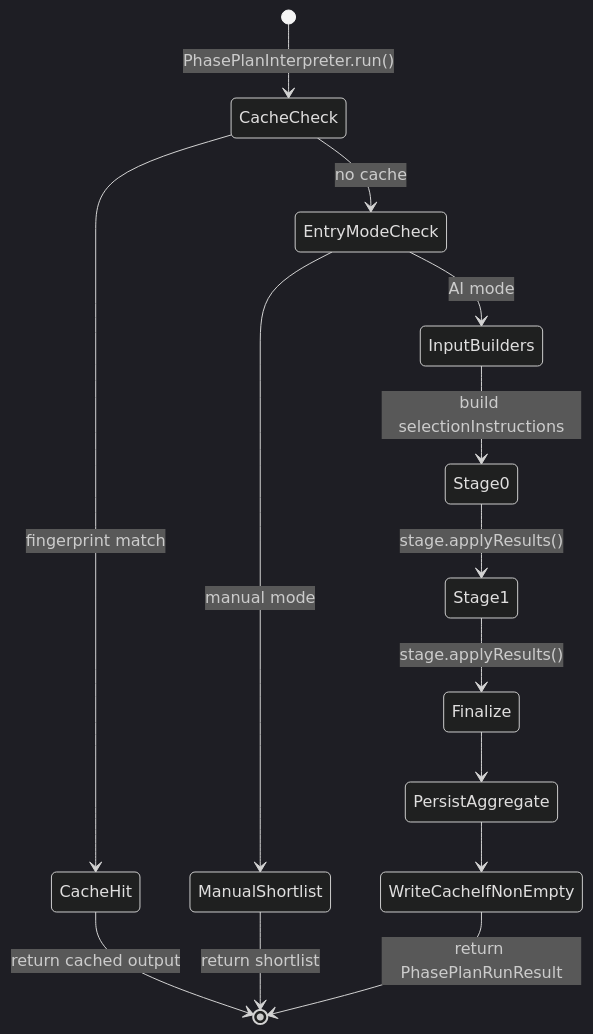
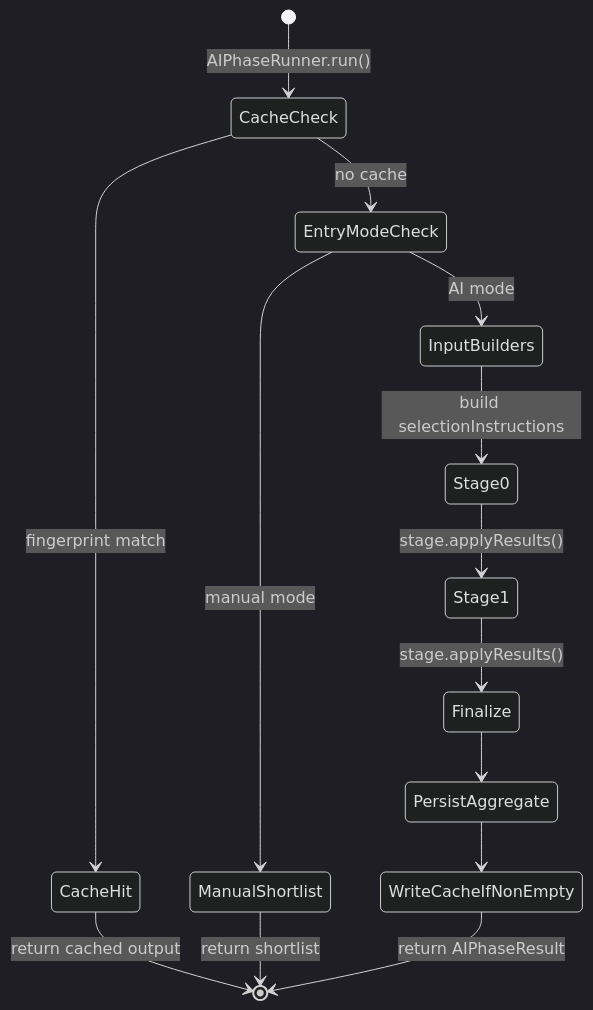
Before and after one commit to KennethAtchon/Exva: the seventh of 10 diagrams in docs/architecture/pipeline-runtime.md, drawn with Mermaid (dark theme). The commit also changed other lines of this file and 206 other files, not shown here.

````diff
--- a/docs/architecture/pipeline-runtime.md
+++ b/docs/architecture/pipeline-runtime.md
@@ -611,16 +611,16 @@
 ```mermaid
 stateDiagram-v2
-    [*] --> CacheCheck: PhasePlanInterpreter.run()
+    [*] --> CacheCheck: AIPhaseRunner.run()
     CacheCheck --> CacheHit: fingerprint match
     CacheCheck --> EntryModeCheck: no cache
     CacheHit --> [*]: return cached output
     EntryModeCheck --> ManualShortlist: manual mode
     EntryModeCheck --> InputBuilders: AI mode
     ManualShortlist --> [*]: return shortlist
     InputBuilders --> Stage0: build selectionInstructions
     Stage0 --> Stage1: stage.applyResults()
     Stage1 --> Finalize: stage.applyResults()
     Finalize --> PersistAggregate
     PersistAggregate --> WriteCacheIfNonEmpty
-    WriteCacheIfNonEmpty --> [*]: return PhasePlanRunResult
+    WriteCacheIfNonEmpty --> [*]: return AIPhaseResult
 ```
````
